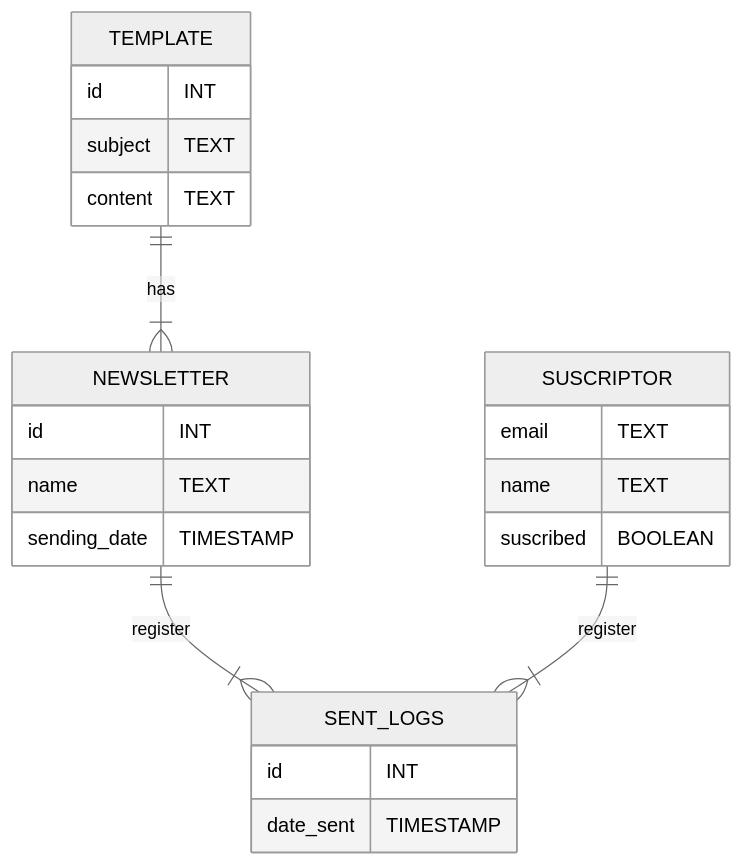
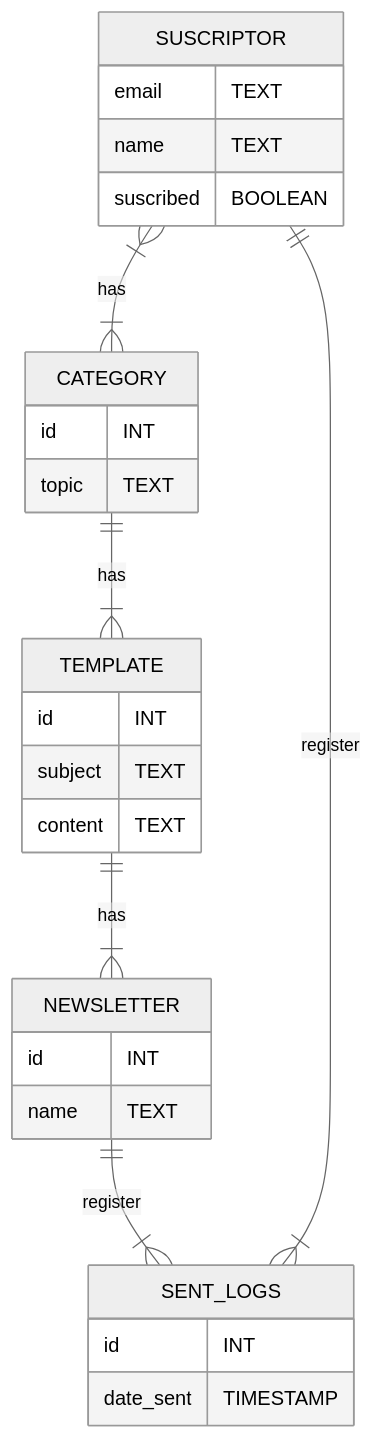
One commit to edevars/codecraft_rest changed the diagram in README.md. Above: the diagram before and after it, drawn with Mermaid (neutral theme). The commit also changed 7 other files, not shown here.

````diff
--- a/README.md
+++ b/README.md
@@ -62,29 +62,35 @@
 ```mermaid
 erDiagram
     SUSCRIPTOR {
         email TEXT
         name TEXT
         suscribed BOOLEAN
+    }
+
+    CATEGORY {
+        id INT
+        topic TEXT
     }
 
     TEMPLATE {
         id INT
         subject TEXT
         content TEXT
     }
 
     NEWSLETTER {
         id INT
         name TEXT
-        sending_date TIMESTAMP
     }
 
     SENT_LOGS {
         id INT
         date_sent TIMESTAMP 
     }
 
 NEWSLETTER ||--|{ SENT_LOGS : register
 SUSCRIPTOR ||--|{ SENT_LOGS : register
+SUSCRIPTOR }|--|{ CATEGORY : has
 TEMPLATE ||--|{ NEWSLETTER : has
+CATEGORY ||--|{ TEMPLATE : has
 ```
````
